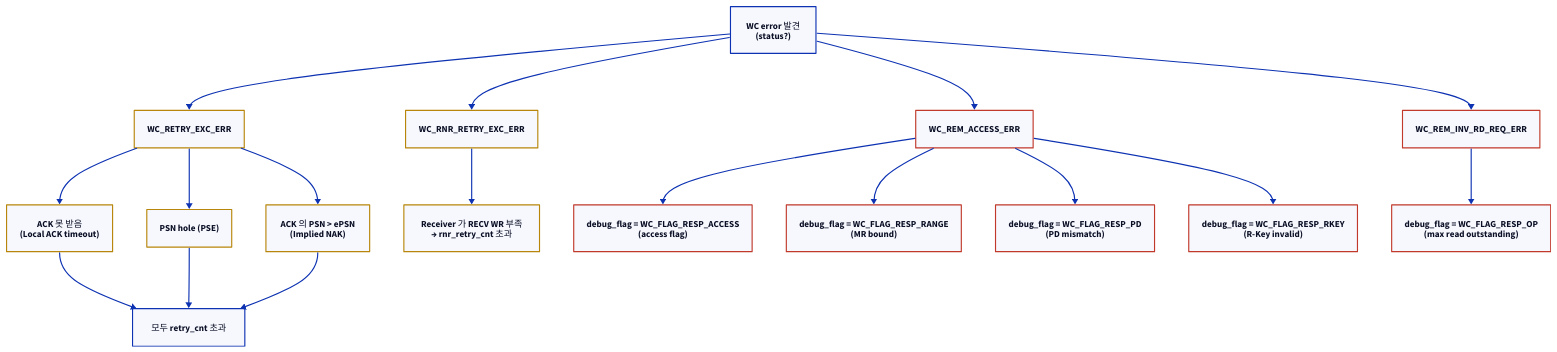
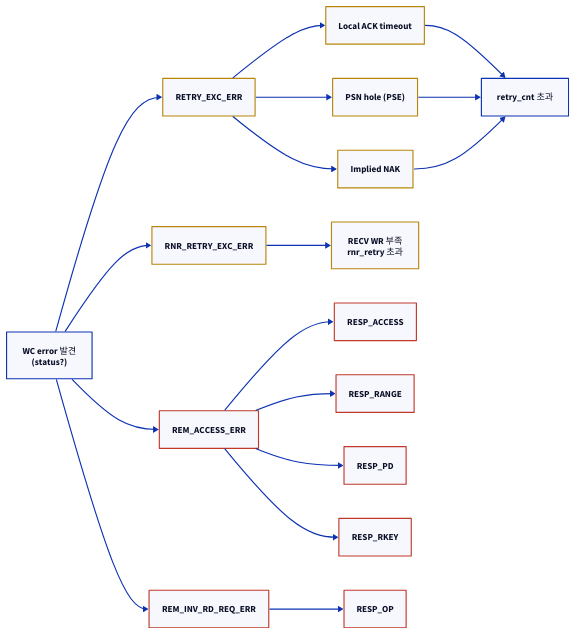
One commit to humbleowl39/DV_SKOOL changed the second of 3 diagrams in topics/rdma/docs/07_congestion_error.md. Above: the diagram before and after it, drawn with D2. The commit also changed other lines of this file and 90 other files, not shown here.

First line of the commit message:
docs: 전 토픽 다이어그램 정비 — ASCII→D2, mermaid→D2, 과대 D2 가시성 수정

````diff
--- a/topics/rdma/docs/07_congestion_error.md
+++ b/topics/rdma/docs/07_congestion_error.md
@@ -242,33 +241,33 @@
 ```d2
-direction: down
+direction: right
 
 ROOT: "WC error 발견\n(status?)"
-R1: WC_RETRY_EXC_ERR { style.stroke: "#b8860b"; style.stroke-width: 2 }
-R2: WC_RNR_RETRY_EXC_ERR { style.stroke: "#b8860b"; style.stroke-width: 2 }
-R3: WC_REM_ACCESS_ERR { style.stroke: "#c0392b"; style.stroke-width: 2 }
-R4: WC_REM_INV_RD_REQ_ERR { style.stroke: "#c0392b"; style.stroke-width: 2 }
+R1: "RETRY_EXC_ERR" { style.stroke: "#b8860b"; style.stroke-width: 2 }
+R2: "RNR_RETRY_EXC_ERR" { style.stroke: "#b8860b"; style.stroke-width: 2 }
+R3: "REM_ACCESS_ERR" { style.stroke: "#c0392b"; style.stroke-width: 2 }
+R4: "REM_INV_RD_REQ_ERR" { style.stroke: "#c0392b"; style.stroke-width: 2 }
 
-R1a: "ACK 못 받음\n(Local ACK timeout)" { style.stroke: "#b8860b"; style.stroke-width: 2 }
+R1a: "Local ACK timeout" { style.stroke: "#b8860b"; style.stroke-width: 2 }
 R1b: "PSN hole (PSE)" { style.stroke: "#b8860b"; style.stroke-width: 2 }
-R1c: "ACK 의 PSN > ePSN\n(Implied NAK)" { style.stroke: "#b8860b"; style.stroke-width: 2 }
-R1note: "모두 retry_cnt 초과"
-R2a: "Receiver 가 RECV WR 부족\n→ rnr_retry_cnt 초과" { style.stroke: "#b8860b"; style.stroke-width: 2 }
-R3a: "debug_flag = WC_FLAG_RESP_ACCESS\n(access flag)" { style.stroke: "#c0392b"; style.stroke-width: 2 }
-R3b: "debug_flag = WC_FLAG_RESP_RANGE\n(MR bound)" { style.stroke: "#c0392b"; style.stroke-width: 2 }
-R3c: "debug_flag = WC_FLAG_RESP_PD\n(PD mismatch)" { style.stroke: "#c0392b"; style.stroke-width: 2 }
-R3d: "debug_flag = WC_FLAG_RESP_RKEY\n(R-Key invalid)" { style.stroke: "#c0392b"; style.stroke-width: 2 }
-R4a: "debug_flag = WC_FLAG_RESP_OP\n(max read outstanding)" { style.stroke: "#c0392b"; style.stroke-width: 2 }
+R1c: "Implied NAK" { style.stroke: "#b8860b"; style.stroke-width: 2 }
+R1note: "retry_cnt 초과"
+R2a: "RECV WR 부족\nrnr_retry 초과" { style.stroke: "#b8860b"; style.stroke-width: 2 }
+R3a: "RESP_ACCESS" { style.stroke: "#c0392b"; style.stroke-width: 2 }
+R3b: "RESP_RANGE" { style.stroke: "#c0392b"; style.stroke-width: 2 }
+R3c: "RESP_PD" { style.stroke: "#c0392b"; style.stroke-width: 2 }
+R3d: "RESP_RKEY" { style.stroke: "#c0392b"; style.stroke-width: 2 }
+R4a: "RESP_OP" { style.stroke: "#c0392b"; style.stroke-width: 2 }
 
 ROOT -> R1 -> R1a
 R1 -> R1b
 R1 -> R1c
 R1a -> R1note
 R1b -> R1note
 R1c -> R1note
 ROOT -> R2 -> R2a
 ROOT -> R3 -> R3a
 R3 -> R3b
 R3 -> R3c
 R3 -> R3d
 ROOT -> R4 -> R4a
 ```
````
